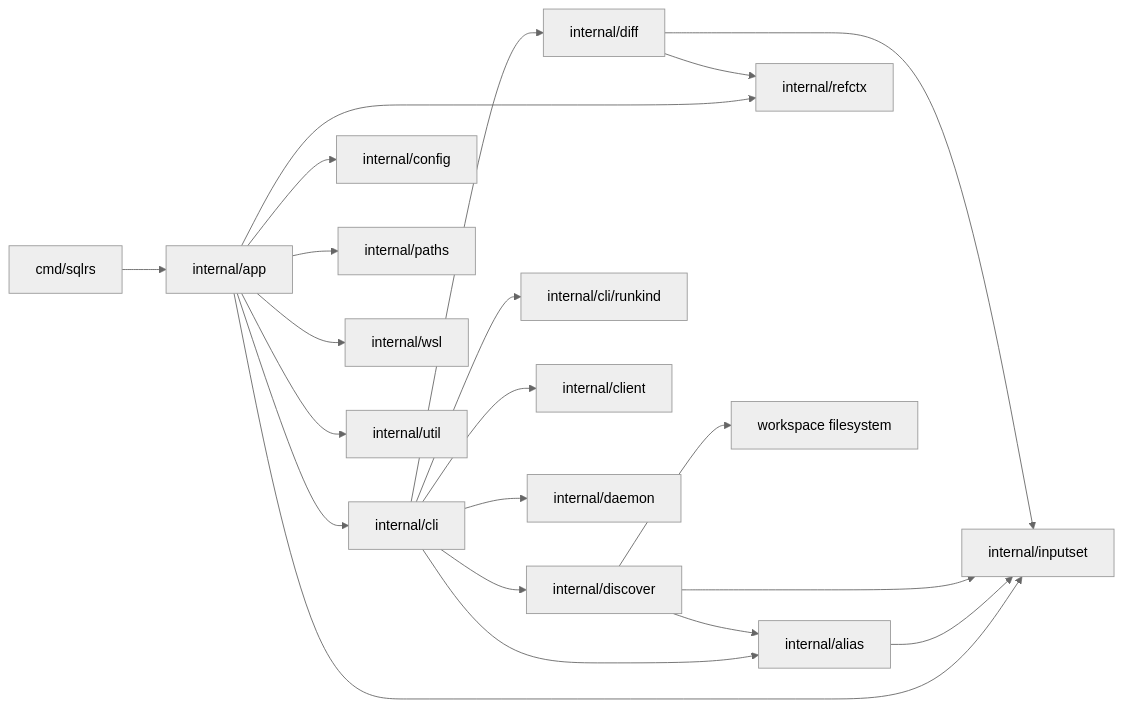
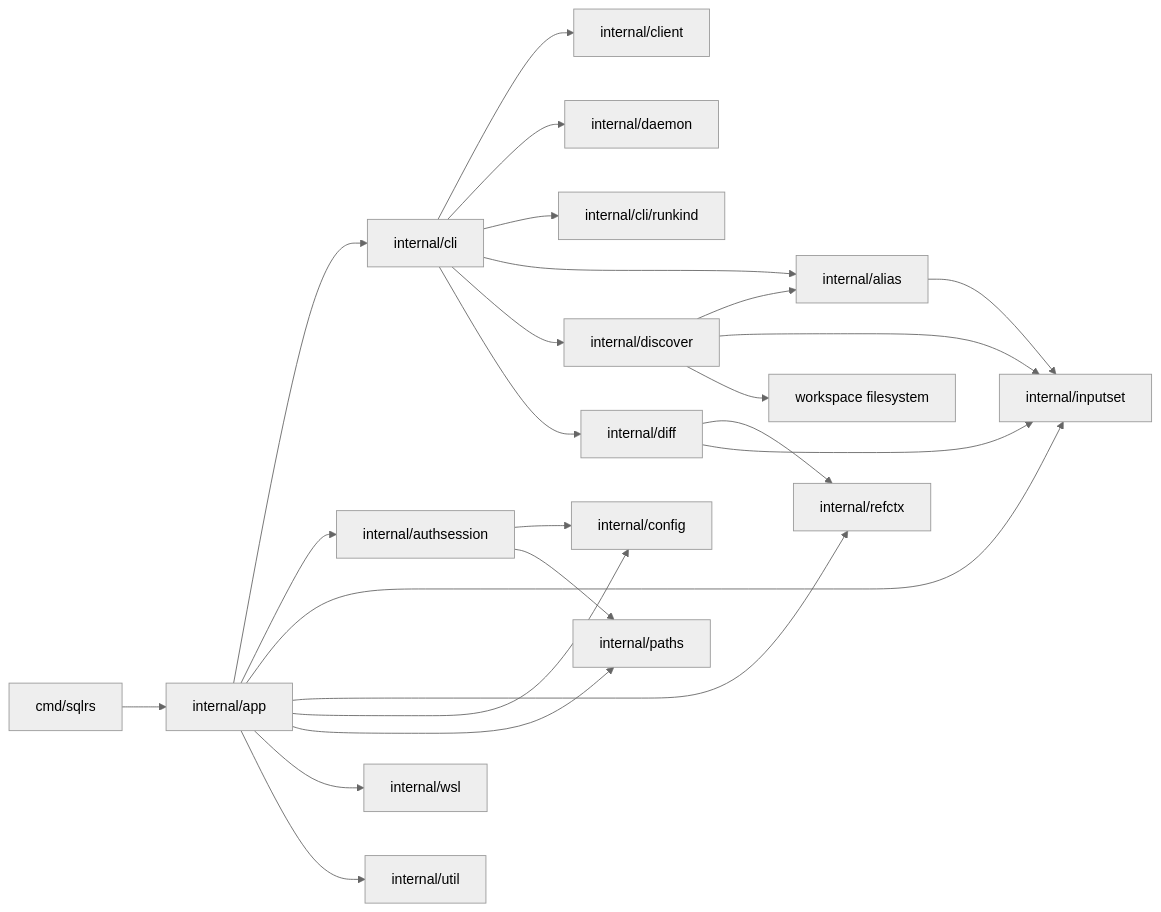
Before and after one commit to kimak-irmagi/taidon: the diagram in docs/architecture/cli-component-structure.RU.md, drawn with Mermaid (neutral theme). The commit also changed other lines of this file and 52 other files, not shown here.

First line of the commit message:
feat(cli): add Google OIDC auth session flow

````diff
--- a/docs/architecture/cli-component-structure.RU.md
+++ b/docs/architecture/cli-component-structure.RU.md
@@ -156,40 +169,44 @@
 ```mermaid
 flowchart LR
   CMD["cmd/sqlrs"]
   APP["internal/app"]
   CLI["internal/cli"]
+  AUTH["internal/authsession"]
   INPUTSET["internal/inputset"]
   ALIAS["internal/alias"]
   DISCOVER["internal/discover"]
   REFCTX["internal/refctx"]
   DIFF["internal/diff"]
   RUNKIND["internal/cli/runkind"]
   CLIENT["internal/client"]
   DAEMON["internal/daemon"]
   CONFIG["internal/config"]
   PATHS["internal/paths"]
   WSL["internal/wsl"]
   UTIL["internal/util"]
   FS["workspace filesystem"]
 
   CMD --> APP
   APP --> CLI
+  APP --> AUTH
   APP --> INPUTSET
   APP --> REFCTX
   APP --> CONFIG
   APP --> PATHS
   APP --> WSL
   APP --> UTIL
+  AUTH --> CONFIG
+  AUTH --> PATHS
   CLI --> CLIENT
   CLI --> DAEMON
   CLI --> RUNKIND
   CLI --> ALIAS
   CLI --> DISCOVER
   CLI --> DIFF
   DIFF --> REFCTX
   ALIAS --> INPUTSET
   DISCOVER --> ALIAS
   DISCOVER --> INPUTSET
   DISCOVER --> FS
   DIFF --> INPUTSET
 ```
````
